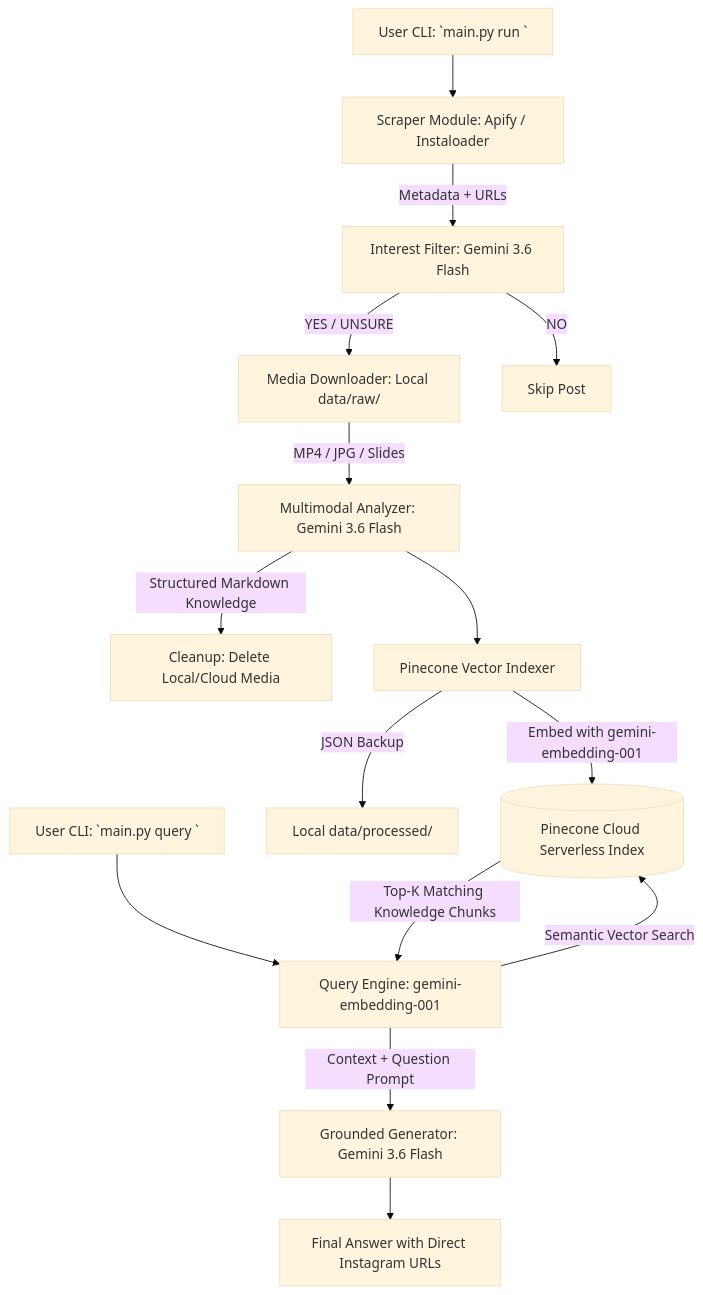
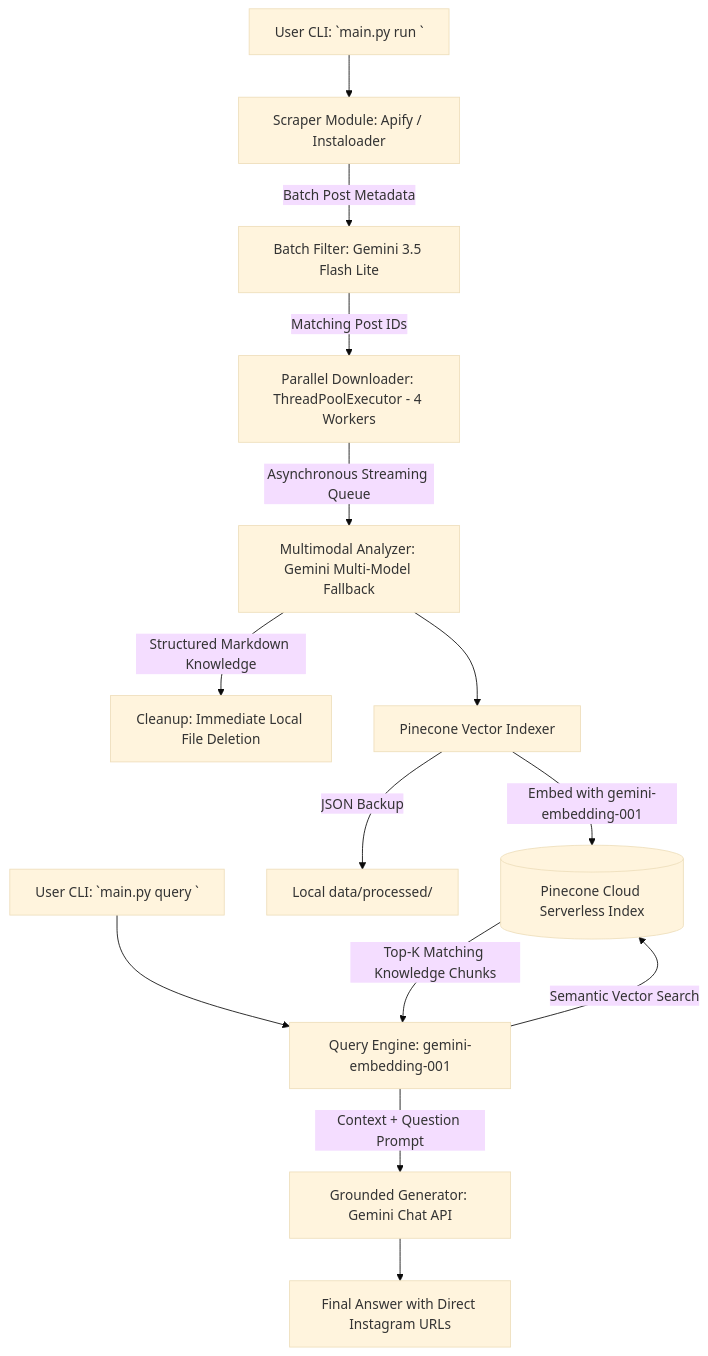
One commit to Xan007/instagram-to-rag changed the diagram in docs/architecture.md. Above: the diagram before and after it, drawn with Mermaid (base theme). The commit also changed other lines of this file and 4 other files, not shown here.

Commit message:
perf: add batch filtering, parallel downloads, and model fallback chain

````diff
--- a/docs/architecture.md
+++ b/docs/architecture.md
@@ -6,18 +6,17 @@
 ```mermaid
 flowchart TD
     A[User CLI: `main.py run <username>`] --> B[Scraper Module: Apify / Instaloader]
-    B -->|Metadata + URLs| C[Interest Filter: Gemini 3.6 Flash]
-    C -->|YES / UNSURE| D[Media Downloader: Local data/raw/]
-    C -->|NO| S[Skip Post]
-    D -->|MP4 / JPG / Slides| E[Multimodal Analyzer: Gemini 3.6 Flash]
-    E -->|Structured Markdown Knowledge| F[Cleanup: Delete Local/Cloud Media]
+    B -->|Batch Post Metadata| C[Batch Filter: Gemini 3.5 Flash Lite]
+    C -->|Matching Post IDs| D[Parallel Downloader: ThreadPoolExecutor - 4 Workers]
+    D -->|Asynchronous Streaming Queue| E[Multimodal Analyzer: Gemini Multi-Model Fallback]
+    E -->|Structured Markdown Knowledge| F[Cleanup: Immediate Local File Deletion]
     E --> G[Pinecone Vector Indexer]
     G -->|Embed with gemini-embedding-001| H[(Pinecone Cloud Serverless Index)]
     G -->|JSON Backup| I[Local data/processed/]
     
     Q[User CLI: `main.py query <question>`] --> R[Query Engine: gemini-embedding-001]
     R -->|Semantic Vector Search| H
     H -->|Top-K Matching Knowledge Chunks| R
-    R -->|Context + Question Prompt| J[Grounded Generator: Gemini 3.6 Flash]
+    R -->|Context + Question Prompt| J[Grounded Generator: Gemini Chat API]
     J --> K[Final Answer with Direct Instagram URLs]
 ```
````
